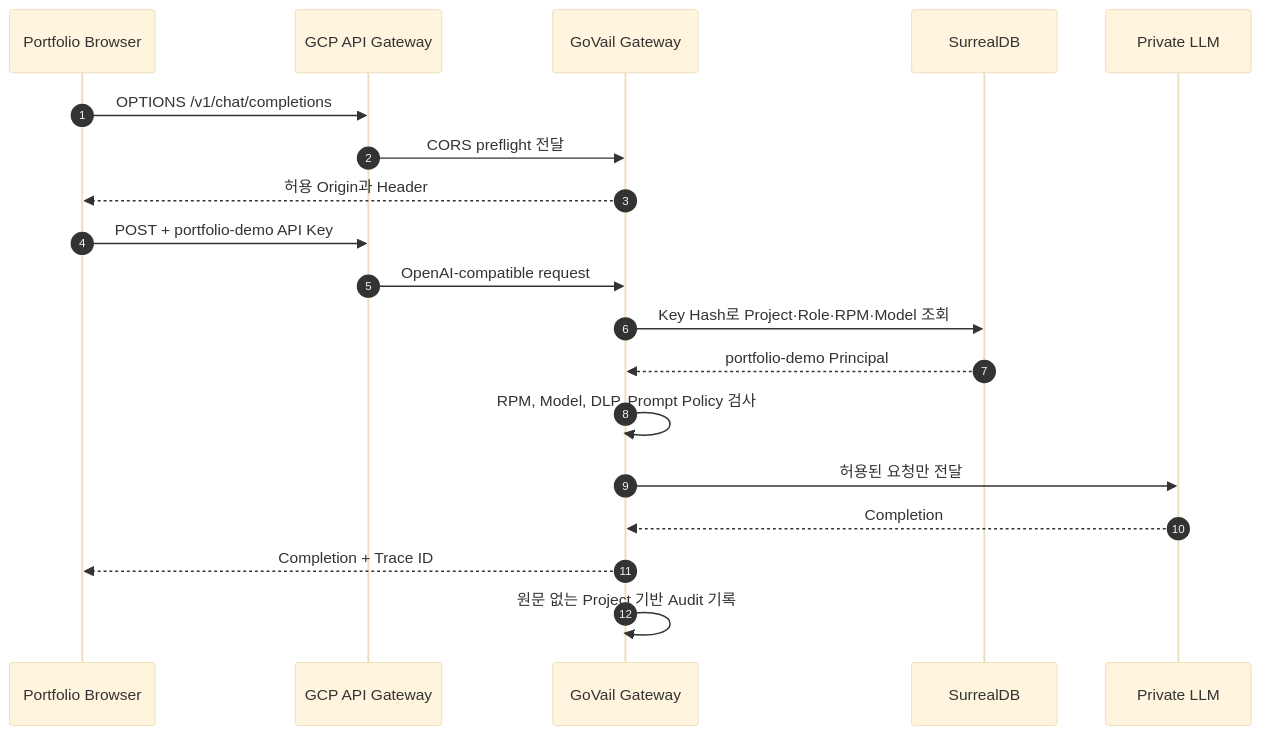
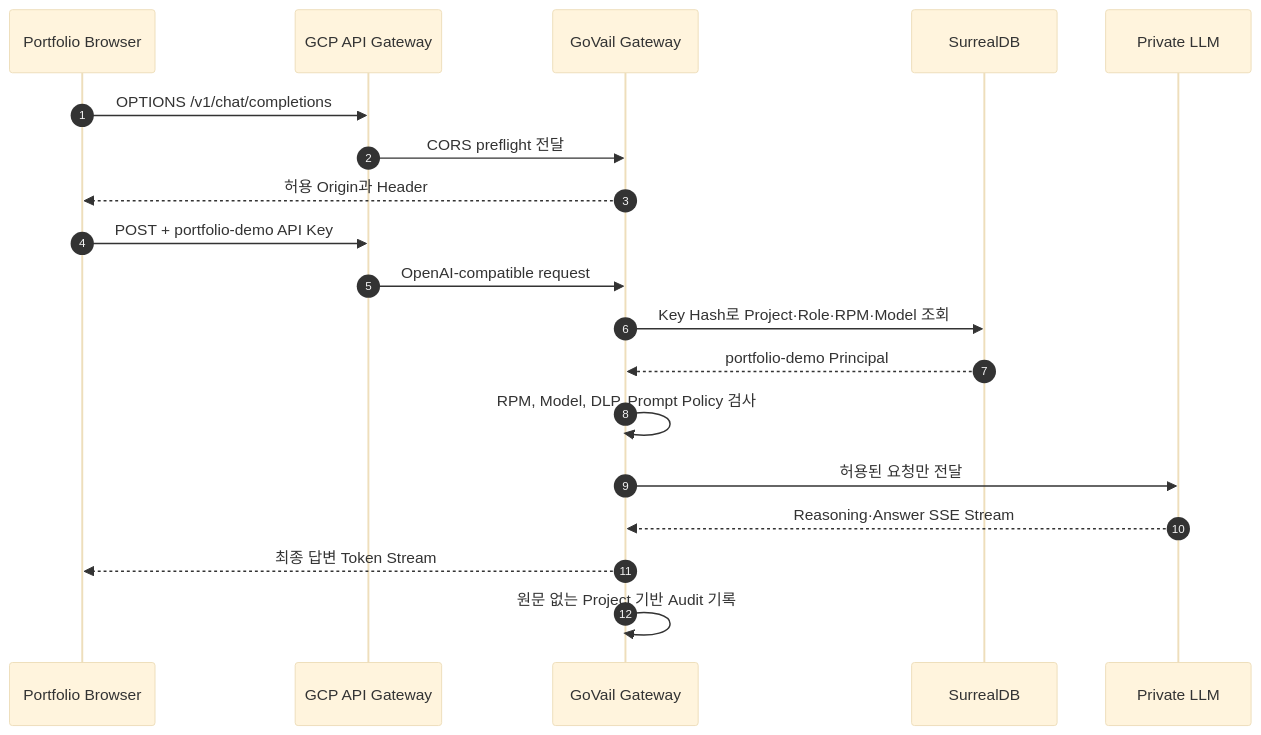
Before and after one commit to devcy0922/devcy0922.github.io: the second of 2 diagrams in architecture.md, drawn with Mermaid (base theme). The commit also changed other lines of this file and 3 other files, not shown here.

````diff
--- a/architecture.md
+++ b/architecture.md
@@ -24,22 +24,22 @@
 ```mermaid
 sequenceDiagram
     autonumber
     participant Browser as Portfolio Browser
     participant API as GCP API Gateway
     participant Gateway as GoVail Gateway
     participant DB as SurrealDB
     participant LLM as Private LLM
 
     Browser->>API: OPTIONS /v1/chat/completions
     API->>Gateway: CORS preflight 전달
     Gateway-->>Browser: 허용 Origin과 Header
     Browser->>API: POST + portfolio-demo API Key
     API->>Gateway: OpenAI-compatible request
     Gateway->>DB: Key Hash로 Project·Role·RPM·Model 조회
     DB-->>Gateway: portfolio-demo Principal
     Gateway->>Gateway: RPM, Model, DLP, Prompt Policy 검사
     Gateway->>LLM: 허용된 요청만 전달
-    LLM-->>Gateway: Completion
-    Gateway-->>Browser: Completion + Trace ID
+    LLM-->>Gateway: Reasoning·Answer SSE Stream
+    Gateway-->>Browser: 최종 답변 Token Stream
     Gateway->>Gateway: 원문 없는 Project 기반 Audit 기록
 ```
````
